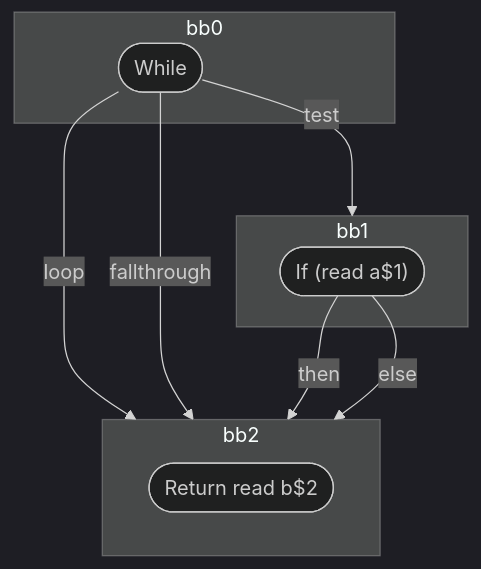
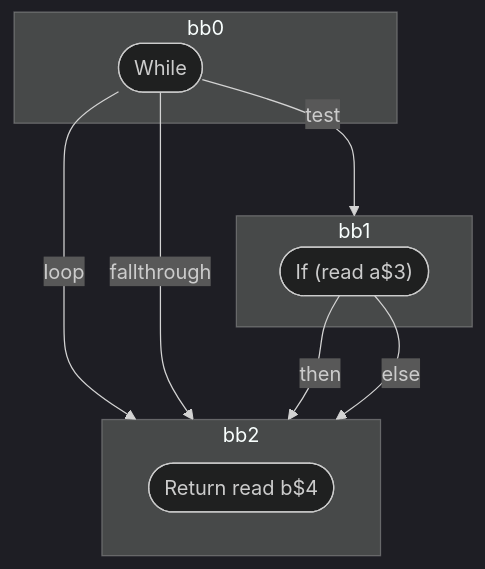
One commit to wutsmog/private changed the diagram in compiler/forget/src/__tests__/fixtures/hir/while-break.expect.md. Above: the diagram before and after it, drawn with Mermaid (dark theme). The commit also changed other lines of this file and 59 other files, not shown here.

````diff
--- a/compiler/forget/src/__tests__/fixtures/hir/while-break.expect.md
+++ b/compiler/forget/src/__tests__/fixtures/hir/while-break.expect.md
@@ -29,21 +29,21 @@
 ```mermaid
 flowchart TB
   %% Basic Blocks
   subgraph bb0
     bb0_terminal(["While"])
   end
   subgraph bb1
-    bb1_terminal(["If (read a$1)"])
+    bb1_terminal(["If (read a$3)"])
   end
   subgraph bb2
-    bb2_terminal(["Return read b$2"])
+    bb2_terminal(["Return read b$4"])
   end
 
   %% Jumps
   bb0_terminal -- "test" --> bb1
   bb0_terminal -- "loop" --> bb2
   bb0_terminal -- "fallthrough" --> bb2
   bb1_terminal -- "then" --> bb2
   bb1_terminal -- "else" --> bb2
 
 ```
````
